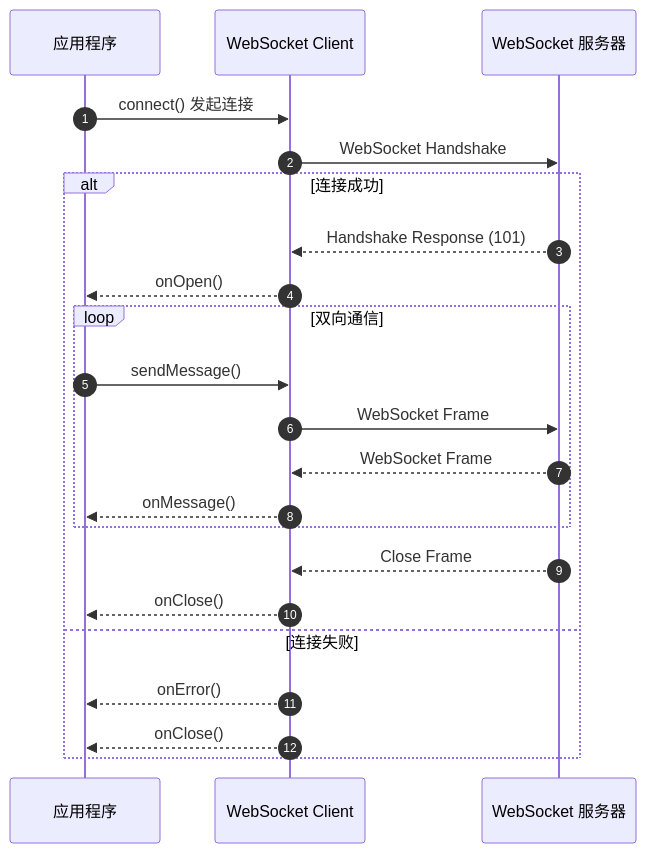
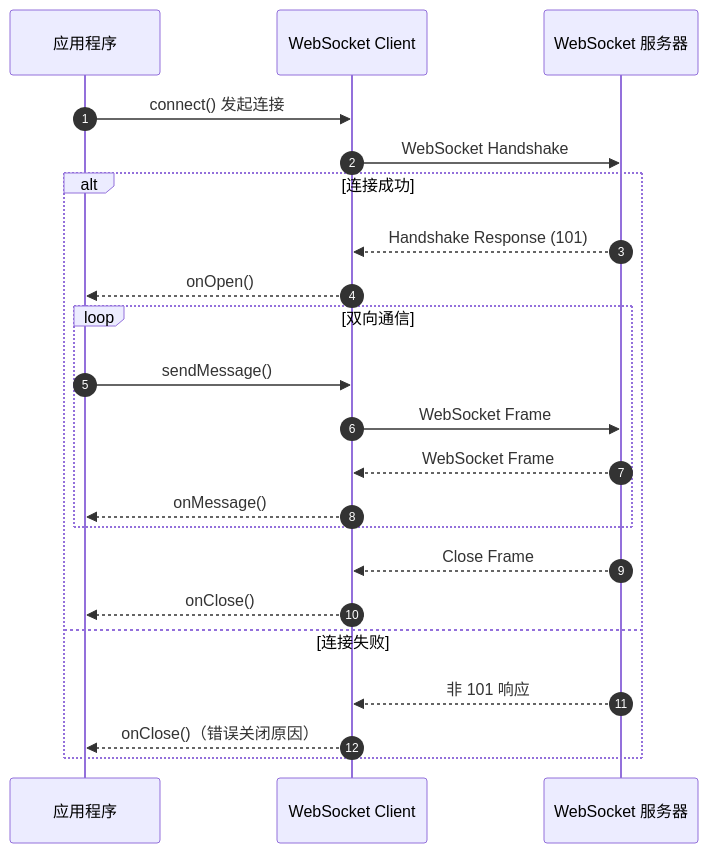
The diagram in pages/src/content/docs/client/ws_client.mdx (smartboot/feat), drawn with Mermaid before and after one commit. The commit also changed other lines of this file, not shown here.

````diff
--- a/pages/src/content/docs/client/ws_client.mdx
+++ b/pages/src/content/docs/client/ws_client.mdx
@@ -144,28 +149,28 @@
 ```mermaid
 sequenceDiagram
     autonumber
     participant App as 应用程序
     participant Client as WebSocket Client
     participant Server as WebSocket 服务器
 
     App->>Client: connect() 发起连接
     Client->>Server: WebSocket Handshake
     
     alt 连接成功
         Server-->>Client: Handshake Response (101)
         Client-->>App: onOpen()
         
         loop 双向通信
             App->>Client: sendMessage()
             Client->>Server: WebSocket Frame
             Server-->>Client: WebSocket Frame
             Client-->>App: onMessage()
         end
         
         Server-->>Client: Close Frame
         Client-->>App: onClose()
     else 连接失败
-        Client-->>App: onError()
-        Client-->>App: onClose()
+        Server-->>Client: 非 101 响应
+        Client-->>App: onClose()（错误关闭原因）
     end
 ```
````
